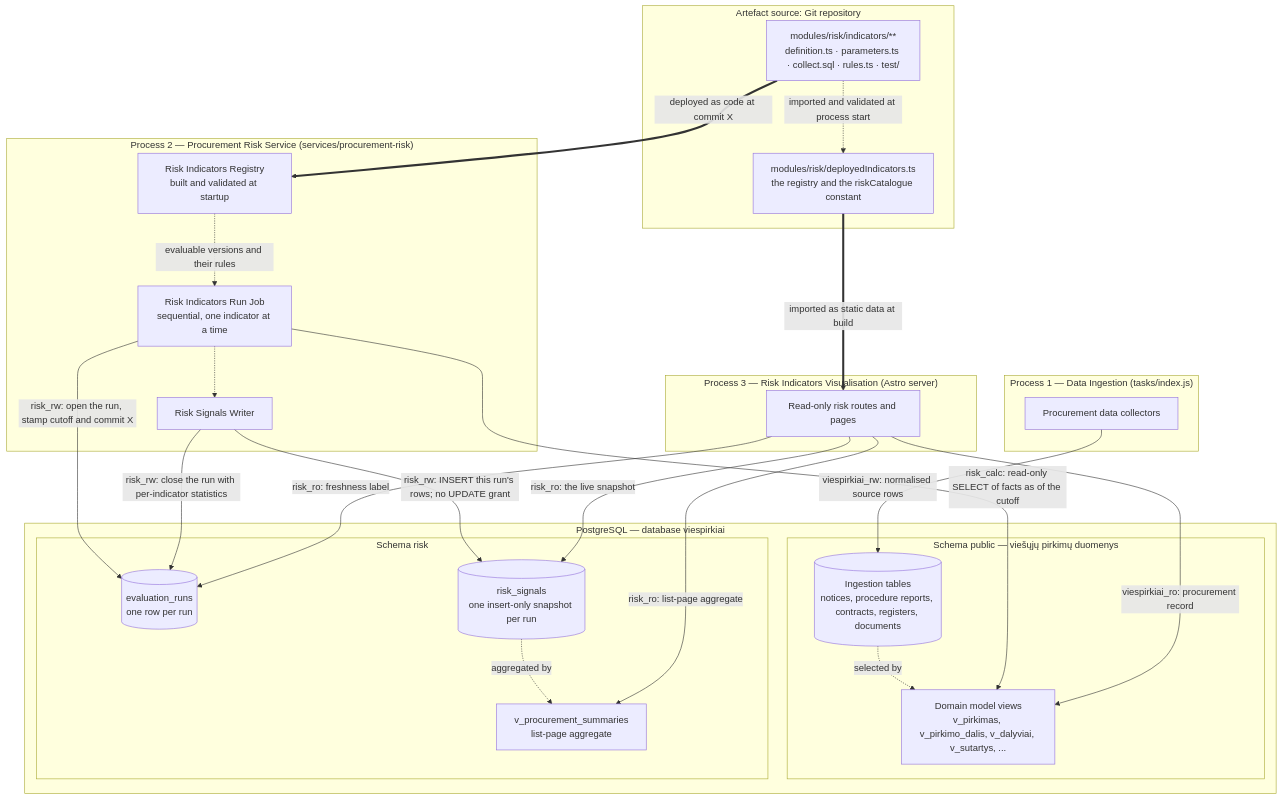
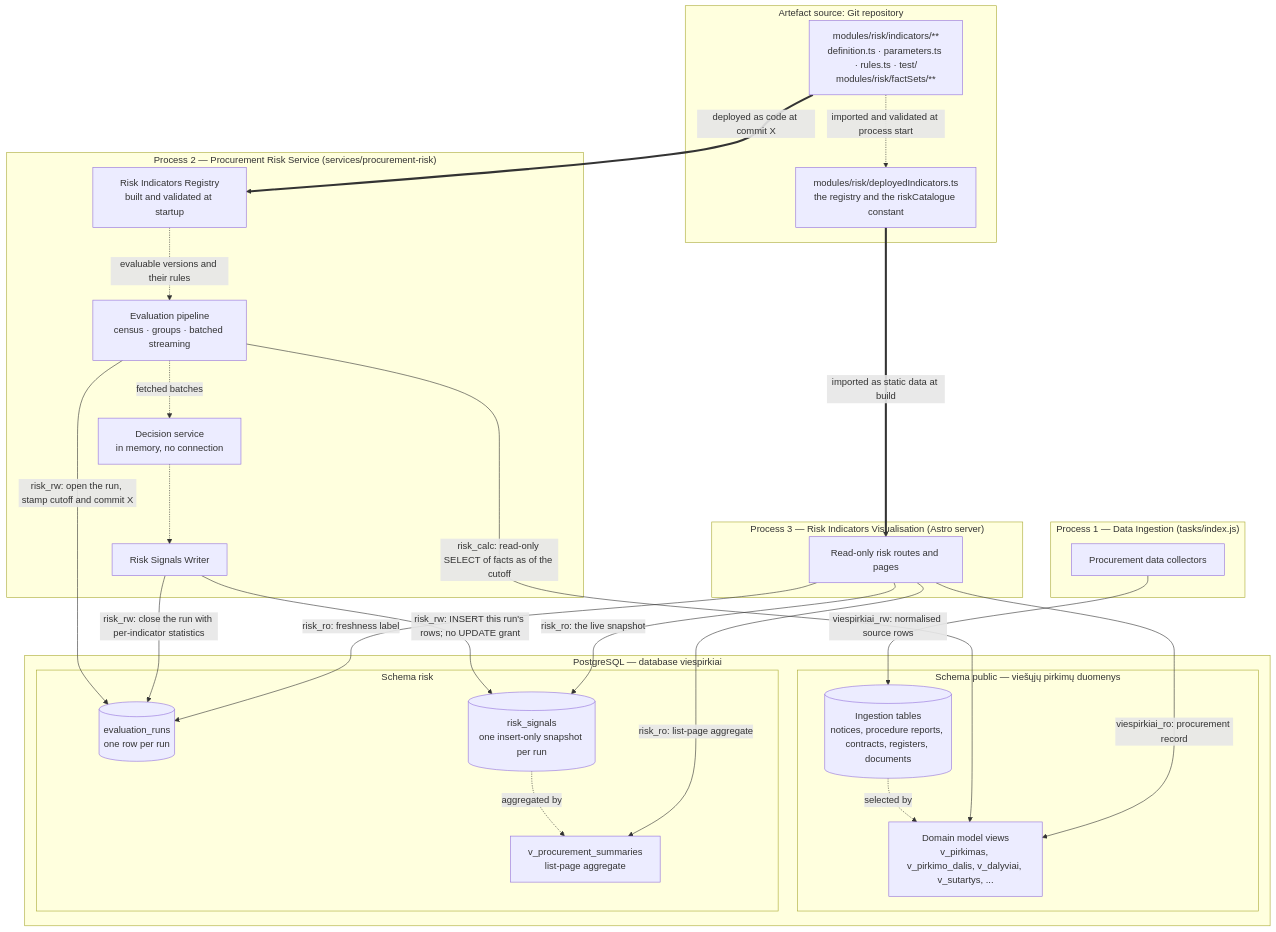
The second of 9 diagrams in docs/indicators-story/risk-service-architecture.md (Viespirkiu-grupe/viespirkiai), drawn with Mermaid before and after one commit. The commit also changed other lines of this file, not shown here.

Commit message:
architecture update

````diff
--- a/docs/indicators-story/risk-service-architecture.md
+++ b/docs/indicators-story/risk-service-architecture.md
@@ -72,50 +72,52 @@
 ```mermaid
 flowchart TB
     subgraph nGit["Artefact source: Git repository"]
-        gDef["modules/risk/indicators/**<br/>definition.ts · parameters.ts · collect.sql · rules.ts · test/"]
+        gDef["modules/risk/indicators/**<br/>definition.ts · parameters.ts · rules.ts · test/<br/>modules/risk/factSets/**"]
         gCat["modules/risk/deployedIndicators.ts<br/>the registry and the riskCatalogue constant"]
         gDef -.->|" imported and validated at process start "| gCat
     end
 
     subgraph pIng["Process 1 — Data Ingestion (tasks/index.js)"]
         pIngest["Procurement data collectors"]
     end
 
     subgraph pRisk["Process 2 — Procurement Risk Service (services/procurement-risk)"]
         pReg["Risk Indicators Registry<br/>built and validated at startup"]
-        pJob["Risk Indicators Run Job<br/>sequential, one indicator at a time"]
+        pJob["Evaluation pipeline<br/>census · groups · batched streaming"]
+        pDec["Decision service<br/>in memory, no connection"]
         pPub["Risk Signals Writer"]
         pReg -.->|" evaluable versions and their rules "| pJob
-        pJob -.-> pPub
+        pJob -.->|" fetched batches "| pDec
+        pDec -.-> pPub
     end
 
     subgraph pVis["Process 3 — Risk Indicators Visualisation (Astro server)"]
         pWeb["Read-only risk routes and pages"]
     end
 
     subgraph nDb["PostgreSQL — database viespirkiai"]
         subgraph sPublic["Schema public — viešųjų pirkimų duomenys"]
             dSrc[("Ingestion tables<br/>notices, procedure reports, contracts, registers, documents")]
             dView["Domain model views<br/>v_pirkimas, v_pirkimo_dalis, v_dalyviai, v_sutartys, ..."]
             dSrc -.->|" selected by "| dView
         end
         subgraph sRisk["Schema risk"]
             dRun[("evaluation_runs<br/>one row per run")]
             dSig[("risk_signals<br/>one insert-only snapshot per run")]
             dSum["v_procurement_summaries<br/>list-page aggregate"]
             dSig -.->|" aggregated by "| dSum
         end
     end
 
     gDef ==>|" deployed as code at commit X "| pReg
     gCat ==>|" imported as static data at build "| pWeb
     pIngest -->|" viespirkiai_rw: normalised source rows "| dSrc
     pJob -->|" risk_rw: open the run, stamp cutoff and commit X "| dRun
     pJob -->|" risk_calc: read-only SELECT of facts as of the cutoff "| dView
     pPub -->|" risk_rw: INSERT this run's rows; no UPDATE grant "| dSig
     pPub -->|" risk_rw: close the run with per-indicator statistics "| dRun
     pWeb -->|" risk_ro: the live snapshot "| dSig
     pWeb -->|" risk_ro: list-page aggregate "| dSum
     pWeb -->|" risk_ro: freshness label "| dRun
     pWeb -->|" viespirkiai_ro: procurement record "| dView
 ```
````
